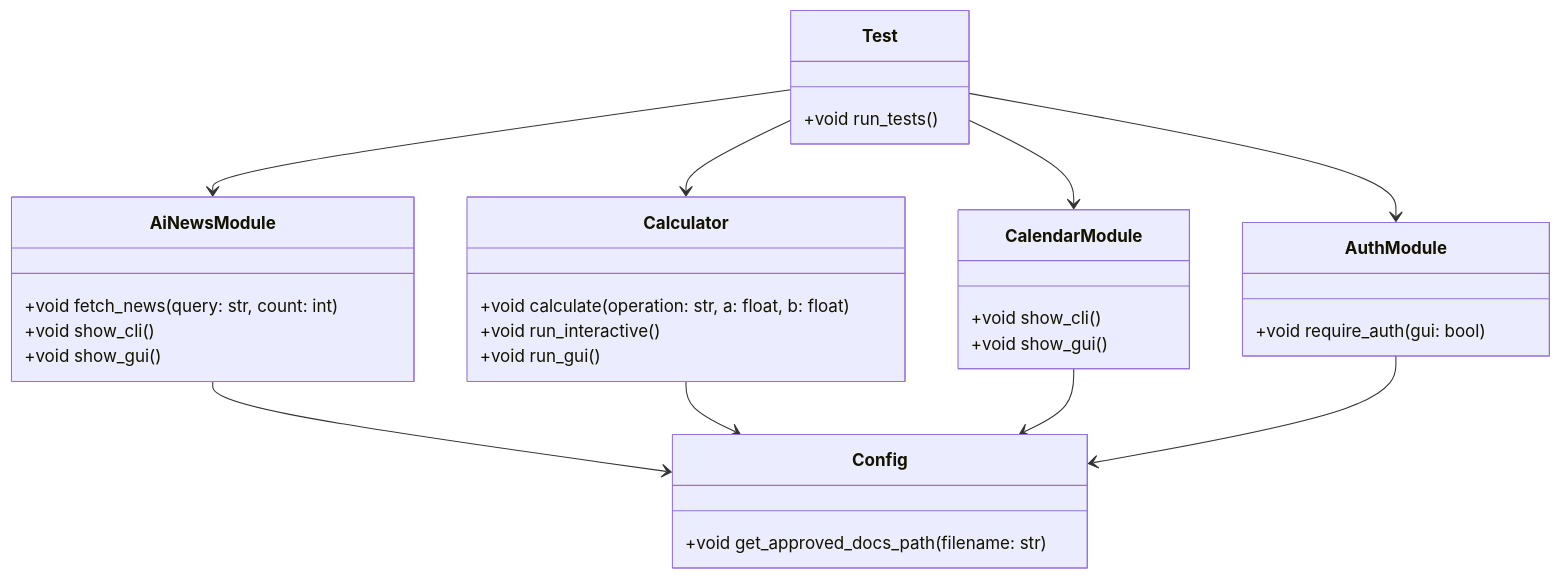
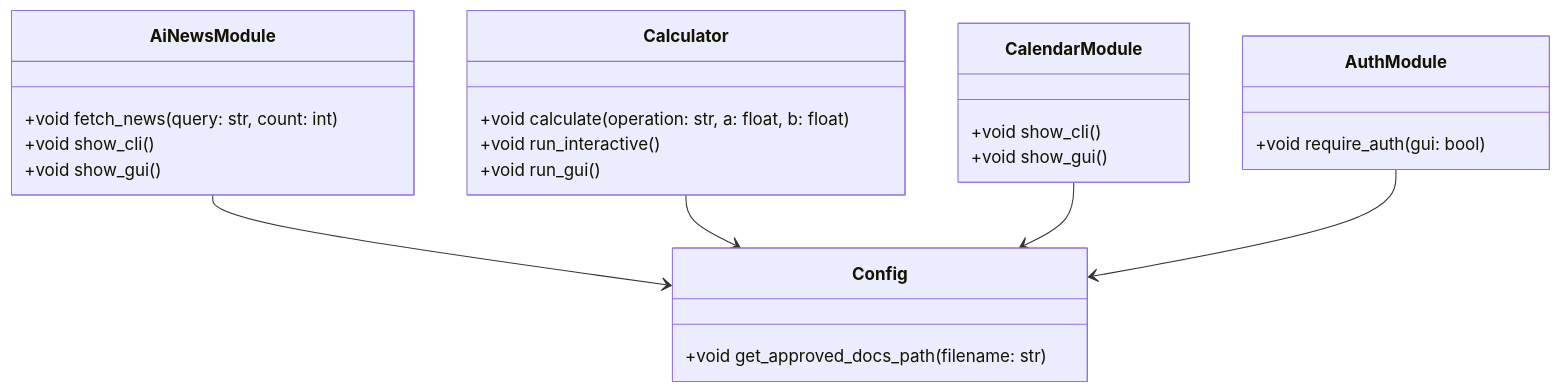
Before and after one commit to thoaihcmc/docs-pipeline-e2e-test: the diagram in docs/add.md, drawn with Mermaid. The commit also changed other lines of this file and 7 other files, not shown here.

Commit message:
docs: auto-generate FDD, BDD, ADD and diagrams for 50a6ba532f39a9bb62d3e61fbf0a9d72e614c07b

````diff
--- a/docs/add.md
+++ b/docs/add.md
@@ -19,34 +18,27 @@
 ```mermaid
 classDiagram  
   class AiNewsModule {  
     +void fetch_news(query: str, count: int)  
     +void show_cli()  
     +void show_gui()  
   }  
   class Calculator {  
     +void calculate(operation: str, a: float, b: float)  
     +void run_interactive()  
     +void run_gui()  
   }  
   class CalendarModule {  
     +void show_cli()  
     +void show_gui()  
   }  
   class AuthModule {  
     +void require_auth(gui: bool)  
   }  
   class Config {  
     +void get_approved_docs_path(filename: str)  
   }  
-  class Test {  
-    +void run_tests()  
-  }  
   AiNewsModule --> Config  
   Calculator --> Config  
   CalendarModule --> Config  
   AuthModule --> Config  
-  Test --> AiNewsModule  
-  Test --> Calculator  
-  Test --> CalendarModule  
-  Test --> AuthModule  
 ```  
````
